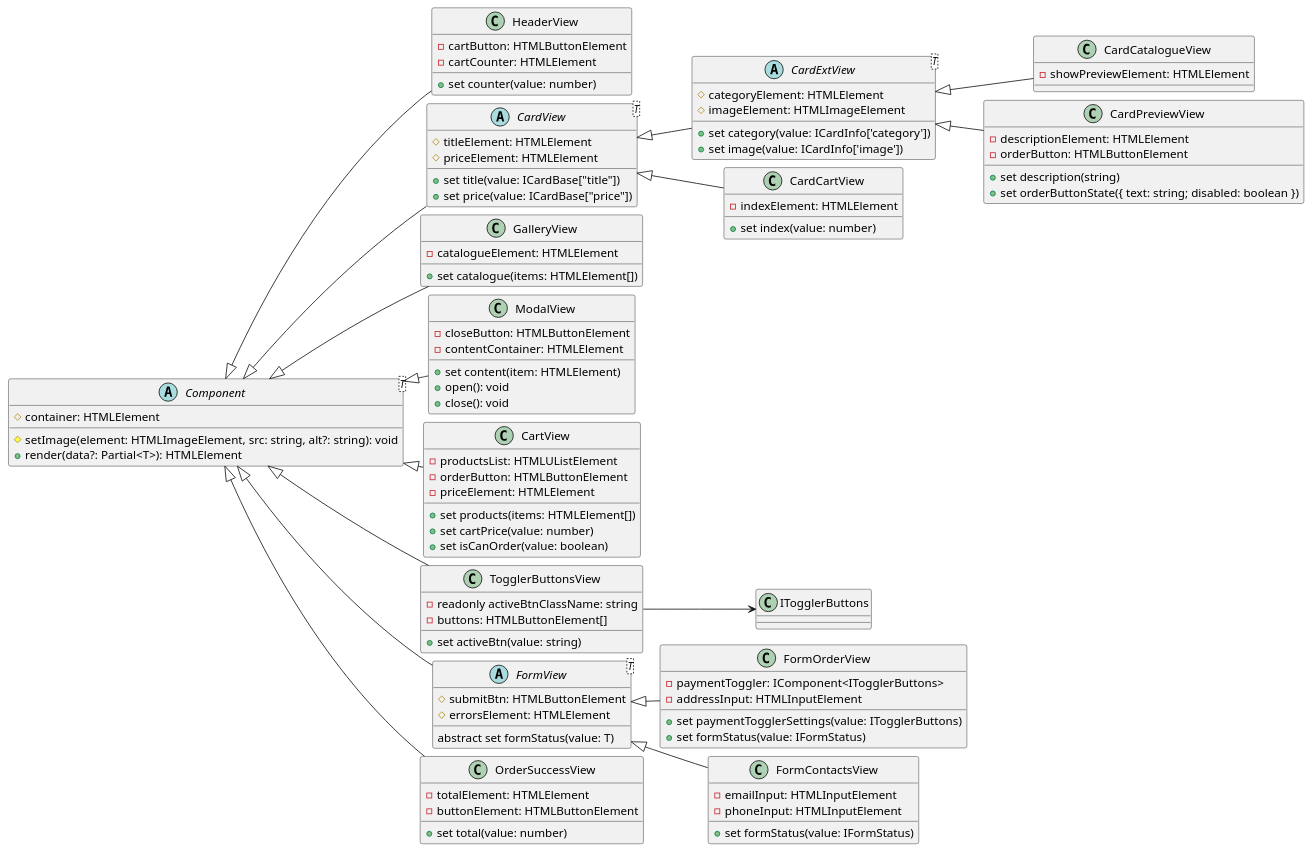
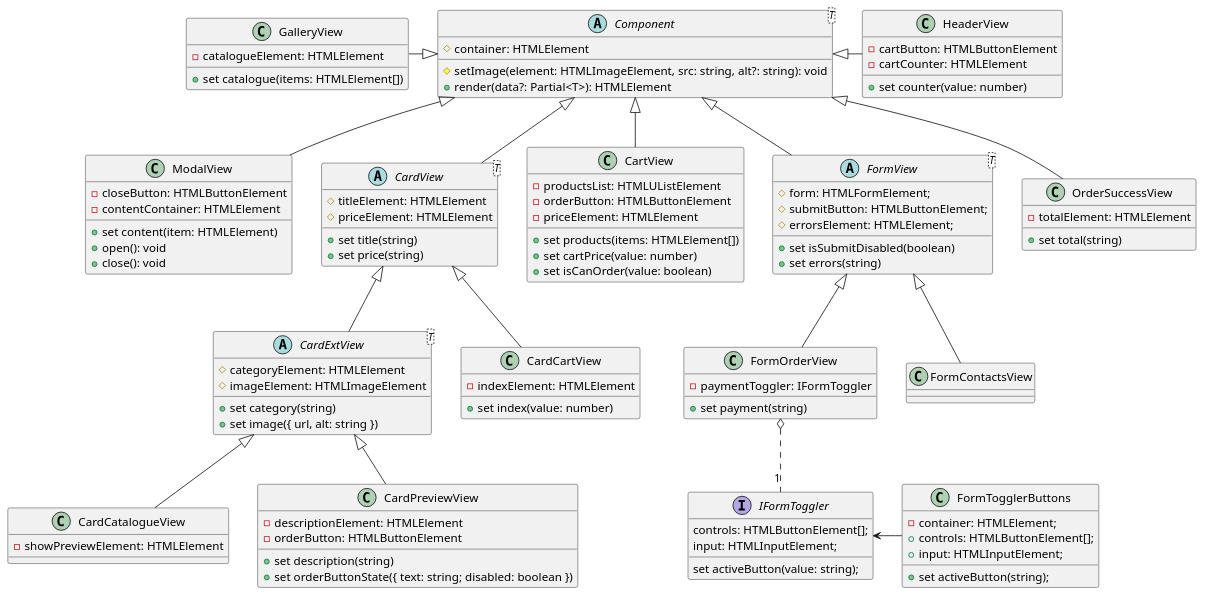
One commit to Mishbazian/weblarek changed the diagram in view.puml. Above: the diagram before and after it, drawn with PlantUML. The commit also changed 7 other files, not shown here.

First line of the commit message:
feat(components): add Form view components

```diff
--- a/view.puml
+++ b/view.puml
@@ -1,142 +1,152 @@
 @startuml ViewClassesDiagram
 
-left to right direction
+'left to right direction
 'skinparam groupInheritance 2
-skinparam nodesep 10
-skinparam ranksep 20
+' skinparam nodesep 20
+'skinparam ranksep 20
 
 
 abstract class Component<T> {
   # container: HTMLElement
   # setImage(element: HTMLImageElement, src: string, alt?: string): void
   + render(data?: Partial<T>): HTMLElement
 }
 
 '----Хедер-----'
-class HeaderView extends Component {
+class HeaderView {
   -cartButton: HTMLButtonElement
   -cartCounter: HTMLElement
   + set counter(value: number)
 }
+HeaderView -left-|> Component
 
+'---Каталог ---'
+
+class GalleryView {
+  -catalogueElement: HTMLElement
+  + set catalogue(items: HTMLElement[])
+}
+GalleryView -right-|> Component
+
+'------Модалка---------'
+
+class ModalView extends Component {
+  -closeButton: HTMLButtonElement
+  -contentContainer: HTMLElement
+  + set content(item: HTMLElement)
+  + open(): void
+  + close(): void
+}
 
 '-----Карточки------'
 '---Базовый класс---'
 
 abstract class CardView<T> extends Component {
   #titleElement: HTMLElement
   #priceElement: HTMLElement
 
-  + set title(value: ICardBase["title"])
-  + set price(value: ICardBase["price"])
+  + set title(string)
+  + set price(string)
 }
 
 '-----Карточка для каталога---'
 
 abstract class CardExtView<T> extends CardView {
   #categoryElement: HTMLElement
   #imageElement: HTMLImageElement
 
-  + set category(value: ICardInfo['category'])
-  + set image(value: ICardInfo['image'])
+  + set category(string)
+  + set image({ url, alt: string })
 }
 
 class CardCatalogueView extends CardExtView {
   -showPreviewElement: HTMLElement
 }
 
 '-----Карточка для превью---'
 
 
 class CardPreviewView extends CardExtView {
   -descriptionElement: HTMLElement
   -orderButton: HTMLButtonElement
 
   + set description(string)
   + set orderButtonState({ text: string; disabled: boolean })
 }
 
 
 '---Карточка для корзины----'
 class CardCartView extends CardView {
   -indexElement: HTMLElement
   + set index(value: number)
 }
 
-'---Каталог ---'
-
-class GalleryView extends Component {
-  -catalogueElement: HTMLElement
-  + set catalogue(items: HTMLElement[])
-}
 
 
 
-'------Модалка---------'
 
-class ModalView extends Component {
-  -closeButton: HTMLButtonElement
-  -contentContainer: HTMLElement
-  + set content(item: HTMLElement)
-  + open(): void
-  + close(): void
-}
+
 
 
 
 '---Корзина ---'
 
 class CartView extends Component {
   -productsList: HTMLUListElement
   -orderButton: HTMLButtonElement
   -priceElement: HTMLElement
   + set products(items: HTMLElement[])
   + set cartPrice(value: number)
   + set isCanOrder(value: boolean)
 }
 
 '-----Кнопки----'
 
-class TogglerButtonsView extends Component {
-  -readonly activeBtnClassName: string
-  -buttons: HTMLButtonElement[]
-  + set activeBtn(value: string)
+class FormTogglerButtons {
+  -container: HTMLElement;
+  +controls: HTMLButtonElement[];
+  +input: HTMLInputElement;
+  +set activeButton(string);
 }
 
-TogglerButtonsView --> ITogglerButtons
+interface IFormToggler {
+  controls: HTMLButtonElement[];
+  input: HTMLInputElement;
+  set activeButton(value: string);
+}
+
+FormTogglerButtons -left-> IFormToggler
 
 '---Формы----'
 
 abstract class FormView<T> extends Component {
-  #submitBtn: HTMLButtonElement
-  #errorsElement: HTMLElement
-  abstract set formStatus(value: T)
+  #form: HTMLFormElement;
+  #submitButton: HTMLButtonElement;
+  #errorsElement: HTMLElement;
+  +set isSubmitDisabled(boolean)
+  +set errors(string)
 }
 
 class FormOrderView extends FormView {
-  -paymentToggler: IComponent<ITogglerButtons>
-  -addressInput: HTMLInputElement
-  + set paymentTogglerSettings(value: ITogglerButtons)
-  + set formStatus(value: IFormStatus)
+  -paymentToggler: IFormToggler
+  + set payment(string)
 }
 
+FormOrderView o.."1" IFormToggler
+
 class FormContactsView extends FormView {
-  -emailInput: HTMLInputElement
-  -phoneInput: HTMLInputElement
-  + set formStatus(value: IFormStatus)
 }
 
 '----Заказ успешен--'
 
 class OrderSuccessView extends Component {
   -totalElement: HTMLElement
-  -buttonElement: HTMLButtonElement
-  + set total(value: number)
+  + set total(string)
 }
 
 
 
 'hide <<interface>>
 'hide class circle
 'hide interface circle
 @enduml
```
